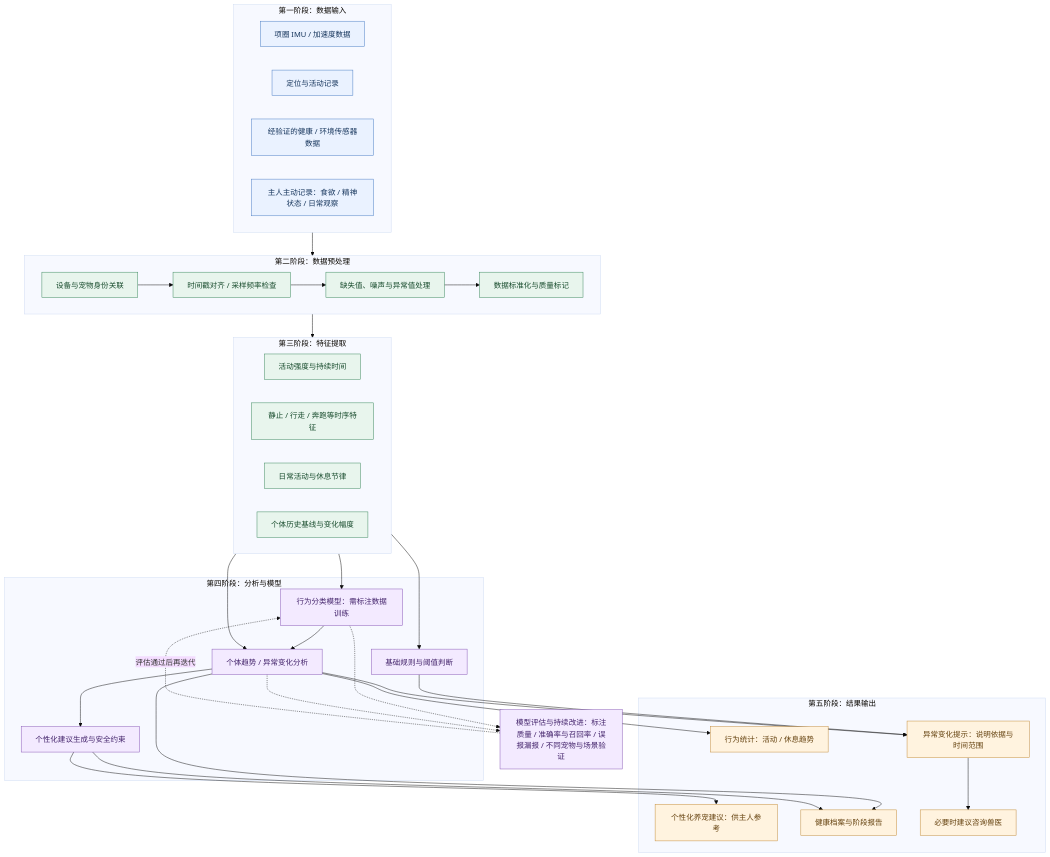
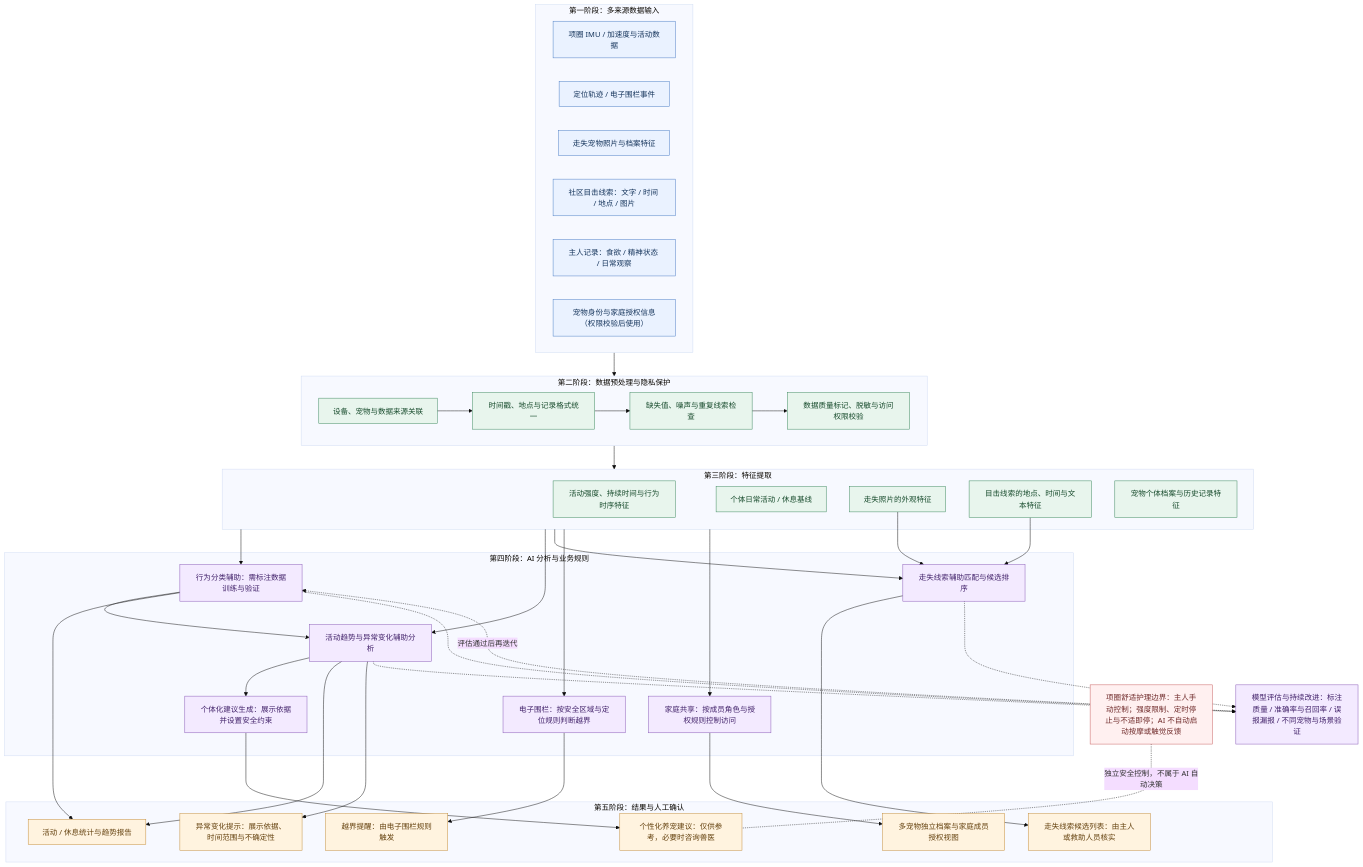
Before and after one commit to shuangrui666/Pethome: the second of 5 diagrams in README.md, drawn with Mermaid (base theme).

Commit message:
docs: expand PetHome AI analysis architecture

````diff
--- a/README.md
+++ b/README.md
@@ -126,67 +126,83 @@
 ```mermaid
 flowchart TB
-    subgraph INPUT["第一阶段：数据输入"]
-        I1["项圈 IMU / 加速度数据"]
-        I2["定位与活动记录"]
-        I3["经验证的健康 / 环境传感器数据"]
-        I4["主人主动记录：食欲 / 精神状态 / 日常观察"]
+    subgraph INPUT["第一阶段：多来源数据输入"]
+        I1["项圈 IMU / 加速度与活动数据"]
+        I2["定位轨迹 / 电子围栏事件"]
+        I3["走失宠物照片与档案特征"]
+        I4["社区目击线索：文字 / 时间 / 地点 / 图片"]
+        I5["主人记录：食欲 / 精神状态 / 日常观察"]
+        I6["宠物身份与家庭授权信息（权限校验后使用）"]
     end
 
-    subgraph PREP["第二阶段：数据预处理"]
-        P1["设备与宠物身份关联"]
-        P2["时间戳对齐 / 采样频率检查"]
-        P3["缺失值、噪声与异常值处理"]
-        P4["数据标准化与质量标记"]
+    subgraph PREP["第二阶段：数据预处理与隐私保护"]
+        P1["设备、宠物与数据来源关联"]
+        P2["时间戳、地点与记录格式统一"]
+        P3["缺失值、噪声与重复线索检查"]
+        P4["数据质量标记、脱敏与访问权限校验"]
         P1 --> P2 --> P3 --> P4
     end
 
     subgraph FEATURE["第三阶段：特征提取"]
-        F1["活动强度与持续时间"]
-        F2["静止 / 行走 / 奔跑等时序特征"]
-        F3["日常活动与休息节律"]
-        F4["个体历史基线与变化幅度"]
+        F1["活动强度、持续时间与行为时序特征"]
+        F2["个体日常活动 / 休息基线"]
+        F3["走失照片的外观特征"]
+        F4["目击线索的地点、时间与文本特征"]
+        F5["宠物个体档案与历史记录特征"]
     end
 
-    subgraph MODEL["第四阶段：分析与模型"]
-        R1["基础规则与阈值判断"]
-        M1["行为分类模型：需标注数据训练"]
-        M2["个体趋势 / 异常变化分析"]
-        M3["个性化建议生成与安全约束"]
-        M1 --> M2 --> M3
+    subgraph MODEL["第四阶段：AI 分析与业务规则"]
+        R1["电子围栏：按安全区域与定位规则判断越界"]
+        R2["家庭共享：按成员角色与授权规则控制访问"]
+        M1["行为分类辅助：需标注数据训练与验证"]
+        M2["活动趋势与异常变化辅助分析"]
+        M3["走失线索辅助匹配与候选排序"]
+        M4["个体化建议生成：展示依据并设置安全约束"]
+        M1 --> M2 --> M4
+        F3 --> M3
+        F4 --> M3
     end
 
-    subgraph OUTPUT["第五阶段：结果输出"]
-        O1["行为统计：活动 / 休息趋势"]
-        O2["异常变化提示：说明依据与时间范围"]
-        O3["个性化养宠建议：供主人参考"]
-        O4["健康档案与阶段报告"]
-        O5["必要时建议咨询兽医"]
+    subgraph OUTPUT["第五阶段：结果与人工确认"]
+        O1["活动 / 休息统计与趋势报告"]
+        O2["异常变化提示：展示依据、时间范围与不确定性"]
+        O3["走失线索候选列表：由主人或救助人员核实"]
+        O4["越界提醒：由电子围栏规则触发"]
+        O5["多宠物独立档案与家庭成员授权视图"]
+        O6["个性化养宠建议：仅供参考，必要时咨询兽医"]
     end
 
     INPUT --> PREP
     PREP --> FEATURE
-    FEATURE --> R1
     FEATURE --> M1
     FEATURE --> M2
-    R1 --> O2
+    FEATURE --> M3
+    FEATURE --> R1
+    FEATURE --> R2
+    R1 --> O4
+    R2 --> O5
+    M1 --> O1
     M2 --> O1
     M2 --> O2
     M3 --> O3
-    M2 --> O4
-    M3 --> O4
-    O2 --> O5
+    M4 --> O6
+
+    CARE["项圈舒适护理边界：主人手动控制；强度限制、定时停止与不适即停；AI 不自动启动按摩或触觉反馈"]
+    CARE -. "独立安全控制，不属于 AI 自动决策" .- O6
 
     EVAL["模型评估与持续改进：标注质量 / 准确率与召回率 / 误报漏报 / 不同宠物与场景验证"]
     M1 -.-> EVAL
     M2 -.-> EVAL
+    M3 -.-> EVAL
     EVAL -. "评估通过后再迭代" .-> M1
 
     classDef input fill:#eaf2ff,stroke:#477ac3,color:#17365d
     classDef prep fill:#e8f5ed,stroke:#38865a,color:#174b2c
     classDef model fill:#f3eaff,stroke:#8554b5,color:#43236b
     classDef output fill:#fff3df,stroke:#c28a35,color:#65420f
-    class I1,I2,I3,I4 input
-    class P1,P2,P3,P4,F1,F2,F3,F4 prep
-    class R1,M1,M2,M3,EVAL model
-    class O1,O2,O3,O4,O5 output
+    classDef boundary fill:#fff0f0,stroke:#c65b5b,color:#702b2b
+    class I1,I2,I3,I4,I5,I6 input
+    class P1,P2,P3,P4,F1,F2,F3,F4,F5 prep
+    class R1,R2,M1,M2,M3,M4,EVAL model
+    class O1,O2,O3,O4,O5,O6 output
+    class CARE boundary
 ```
````
